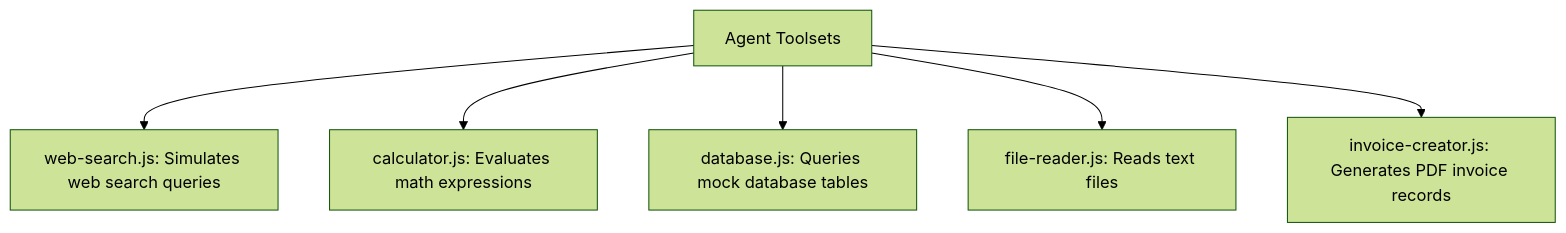
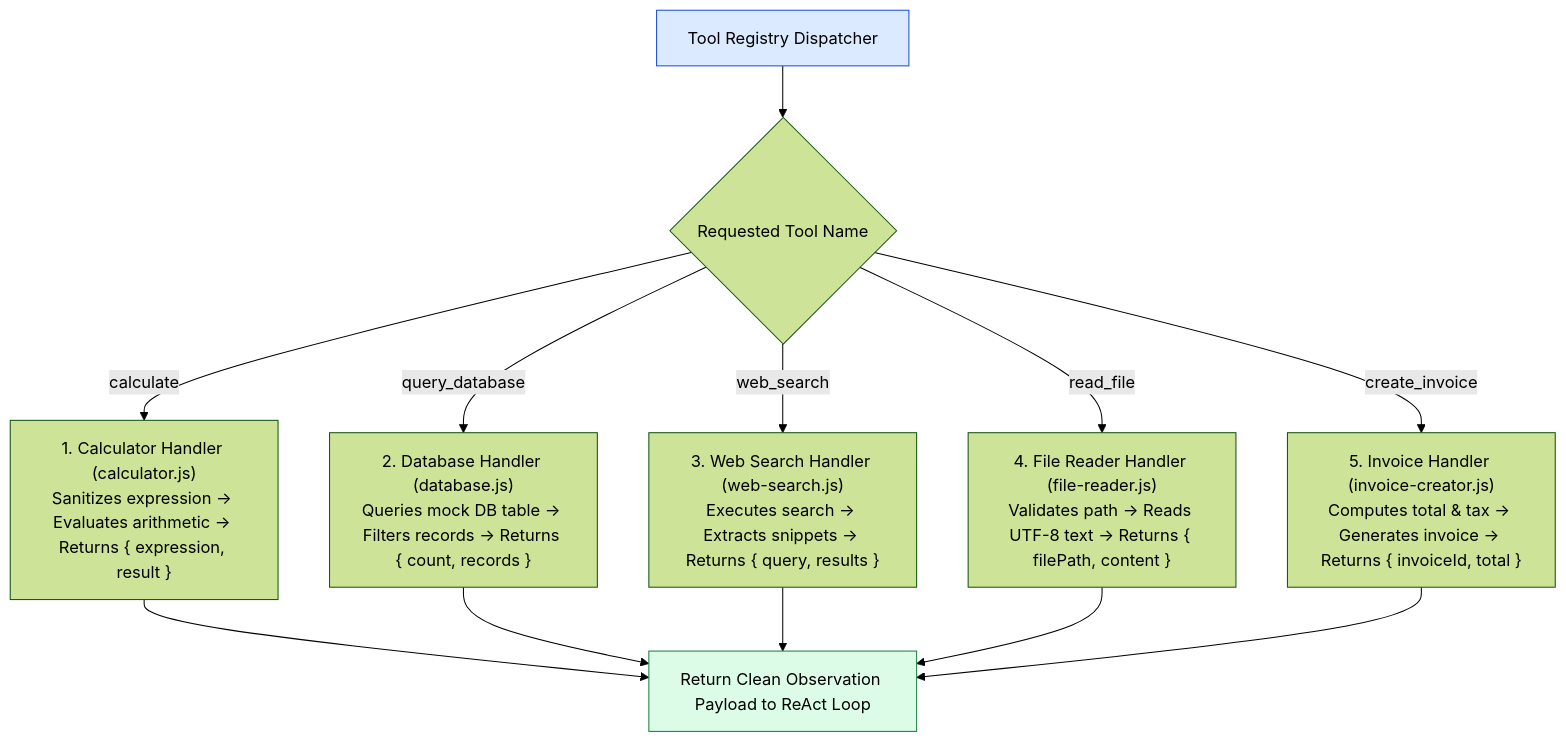
The first of 3 diagrams in agentic-ai-notes/04-jugaad-agent/07-agent-toolsets.md (Amie-dev/engineering-playbook), drawn with Mermaid (forest theme) before and after one commit. The commit also changed other lines of this file and 13 other files, not shown here.

First line of the commit message:
Refactor Jugaad Agent Modules: Enhance MongoDB Thread Store, Implement Agent Safety Guardrails, Develop Mock Database Store, and Revamp CLI & Express API Server

````diff
--- a/agentic-ai-notes/04-jugaad-agent/07-agent-toolsets.md
+++ b/agentic-ai-notes/04-jugaad-agent/07-agent-toolsets.md
@@ -10,8 +13,19 @@
 ```mermaid
-graph TD
-    Tools[Agent Toolsets] --> WebSearch["web-search.js: Simulates web search queries"]
-    Tools --> Calc["calculator.js: Evaluates math expressions"]
-    Tools --> DB["database.js: Queries mock database tables"]
-    Tools --> File["file-reader.js: Reads text files"]
-    Tools --> Invoice["invoice-creator.js: Generates PDF invoice records"]
+flowchart TD
+    Registry[Tool Registry Dispatcher] --> ToolChoice{Requested Tool Name}
+
+    ToolChoice -- "calculate" --> Calc["1. Calculator Handler (calculator.js)<br/>Sanitizes expression -> Evaluates arithmetic -> Returns { expression, result }"]
+
+    ToolChoice -- "query_database" --> DB["2. Database Handler (database.js)<br/>Queries mock DB table -> Filters records -> Returns { count, records }"]
+
+    ToolChoice -- "web_search" --> Web["3. Web Search Handler (web-search.js)<br/>Executes search -> Extracts snippets -> Returns { query, results }"]
+
+    ToolChoice -- "read_file" --> File["4. File Reader Handler (file-reader.js)<br/>Validates path -> Reads UTF-8 text -> Returns { filePath, content }"]
+
+    ToolChoice -- "create_invoice" --> Invoice["5. Invoice Handler (invoice-creator.js)<br/>Computes total & tax -> Generates invoice -> Returns { invoiceId, total }"]
+
+    Calc & DB & Web & File & Invoice --> ReturnObservation[Return Clean Observation Payload to ReAct Loop]
+
+    style Registry fill:#dbeafe,stroke:#1d4ed8
+    style ReturnObservation fill:#dcfce7,stroke:#15803d
 ```
````
